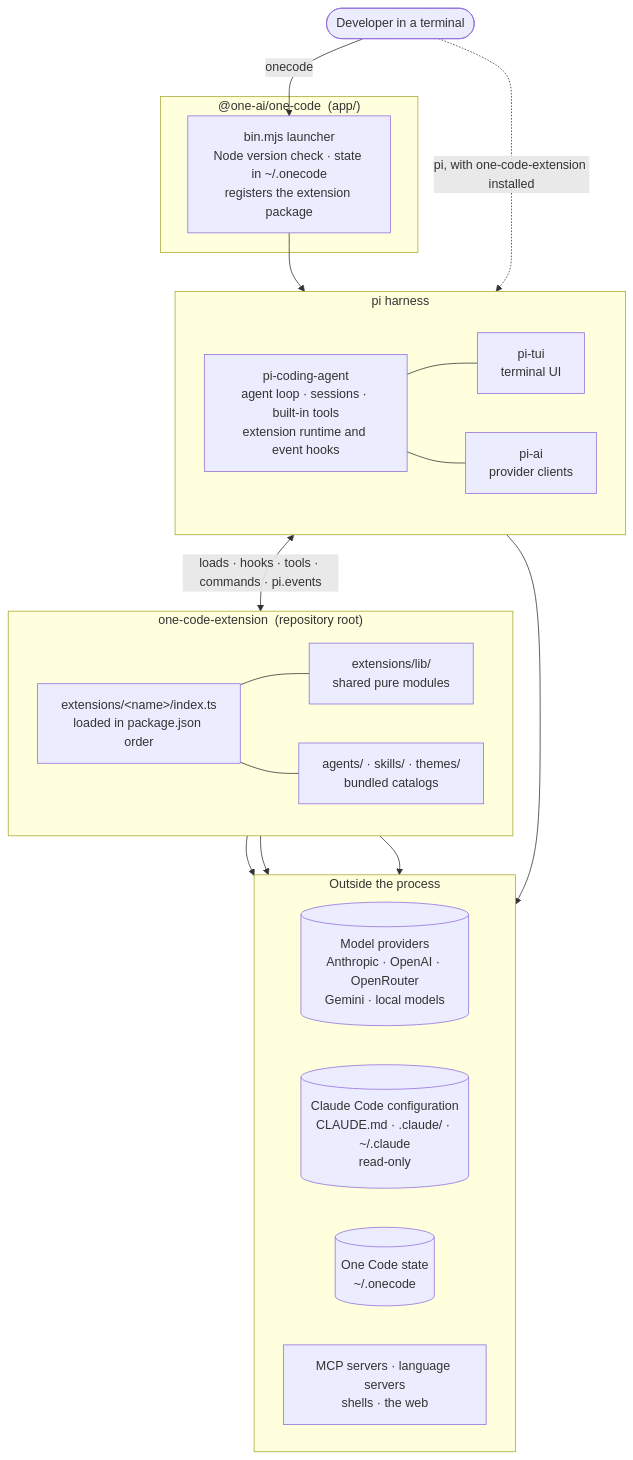
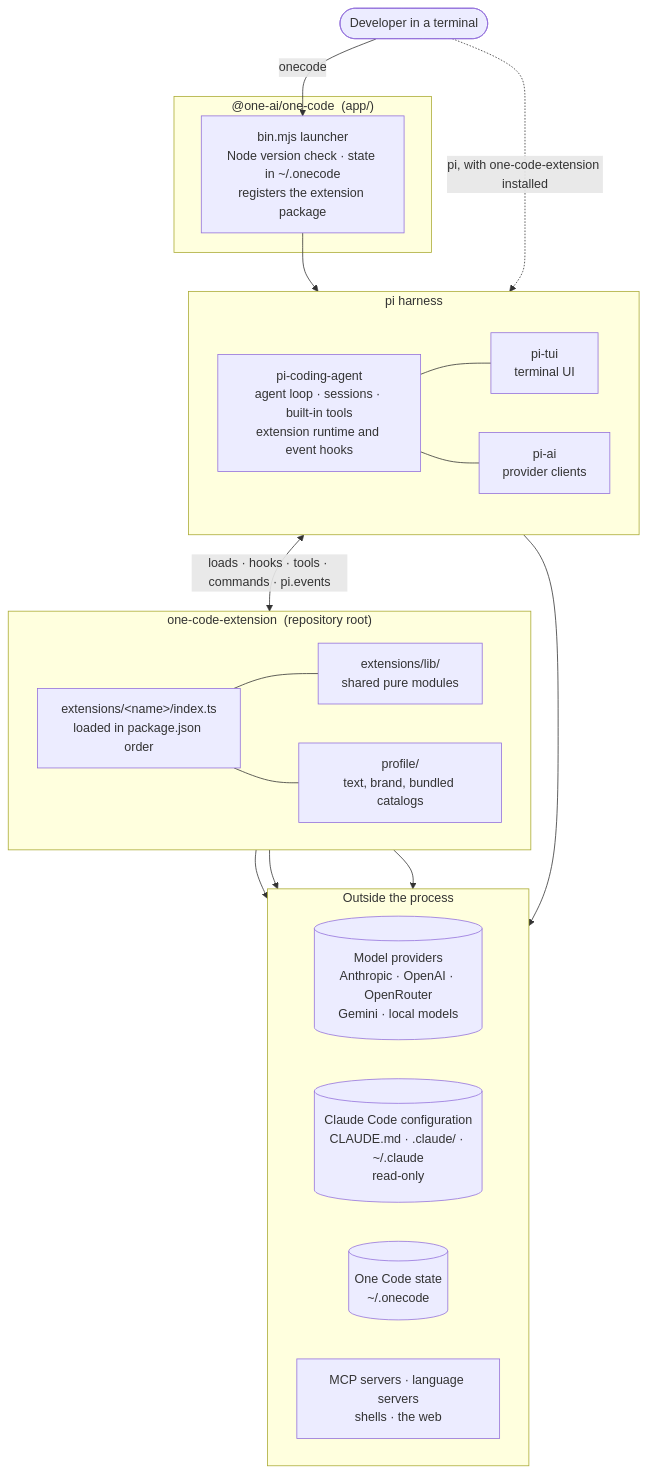
The first of 7 diagrams in docs/dev/architecture.md (IsuruMaduranga/one-code), drawn with Mermaid before and after one commit. The commit also changed 14 other files, not shown here.

````diff
--- a/docs/dev/architecture.md
+++ b/docs/dev/architecture.md
@@ -30,42 +30,42 @@
 ```mermaid
 flowchart TB
     user(["Developer in a terminal"])
 
     subgraph appPkg["@one-ai/one-code &nbsp;(app/)"]
         bin["bin.mjs launcher<br/>Node version check · state in ~/.onecode<br/>registers the extension package"]
     end
 
     subgraph piPkg["pi harness"]
         direction LR
         tui["pi-tui<br/>terminal UI"]
         core["pi-coding-agent<br/>agent loop · sessions · built-in tools<br/>extension runtime and event hooks"]
         ai["pi-ai<br/>provider clients"]
     end
 
     subgraph extPkg["one-code-extension &nbsp;(repository root)"]
         direction LR
         exts["extensions/&lt;name&gt;/index.ts<br/>loaded in package.json order"]
         lib["extensions/lib/<br/>shared pure modules"]
-        catalogs["agents/ · skills/ · themes/<br/>bundled catalogs"]
+        catalogs["profile/<br/>text, brand, bundled catalogs"]
     end
 
     subgraph outside["Outside the process"]
         direction LR
         providers[("Model providers<br/>Anthropic · OpenAI · OpenRouter<br/>Gemini · local models")]
         claudeCfg[("Claude Code configuration<br/>CLAUDE.md · .claude/ · ~/.claude<br/>read-only")]
         ownState[("One Code state<br/>~/.onecode")]
         external["MCP servers · language servers<br/>shells · the web"]
     end
 
     user -->|onecode| bin --> core
     user -.->|"pi, with one-code-extension installed"| core
     core --- tui
     core --- ai
     core <-->|"loads · hooks · tools · commands · pi.events"| exts
     exts --- lib
     exts --- catalogs
     ai --> providers
     exts --> claudeCfg
     exts --> ownState
     exts --> external
 ```
````
